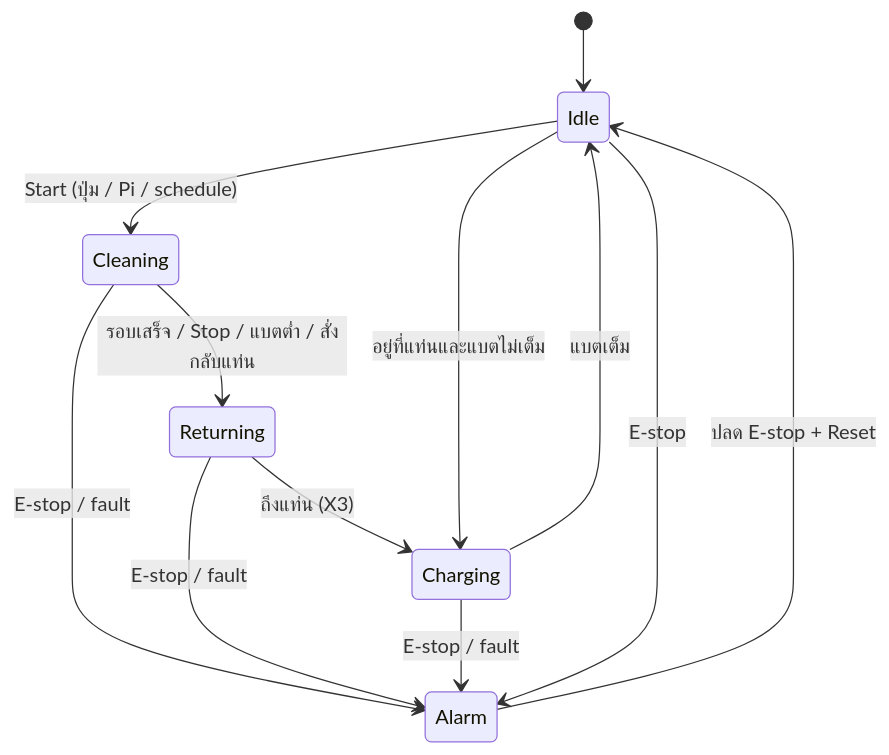
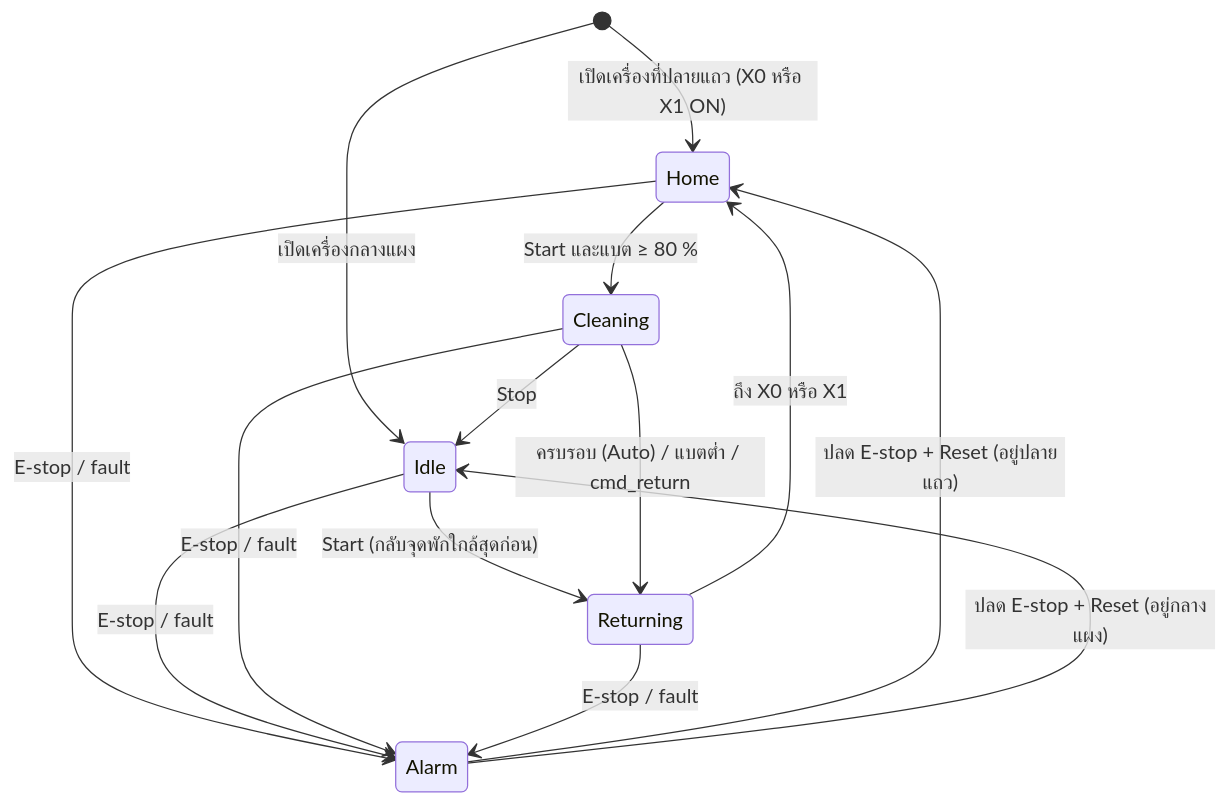
Before and after one commit to 9Take/Solar-Panel-Cleaning-Robot-via-IoT: the second of 2 diagrams in docs/robot-operation.md, drawn with Mermaid. The commit also changed other lines of this file and 1 other file, not shown here.

First line of the commit message:
Revise robot spec with agreed architecture decisions

````diff
--- a/docs/robot-operation.md
+++ b/docs/robot-operation.md
@@ -79,14 +106,16 @@
 ```mermaid
 stateDiagram-v2
-    [*] --> Idle
-    Idle --> Cleaning: Start (ปุ่ม / Pi / schedule)
-    Cleaning --> Returning: รอบเสร็จ / Stop / แบตต่ำ / สั่งกลับแท่น
-    Returning --> Charging: ถึงแท่น (X3)
-    Charging --> Idle: แบตเต็ม
-    Idle --> Charging: อยู่ที่แท่นและแบตไม่เต็ม
+    [*] --> Home: เปิดเครื่องที่ปลายแถว (X0 หรือ X1 ON)
+    [*] --> Idle: เปิดเครื่องกลางแผง
+    Home --> Cleaning: Start และแบต ≥ 80 %
+    Idle --> Returning: Start (กลับจุดพักใกล้สุดก่อน)
+    Cleaning --> Idle: Stop
+    Cleaning --> Returning: ครบรอบ (Auto) / แบตต่ำ / cmd_return
+    Returning --> Home: ถึง X0 หรือ X1
+    Home --> Alarm: E-stop / fault
+    Idle --> Alarm: E-stop / fault
     Cleaning --> Alarm: E-stop / fault
     Returning --> Alarm: E-stop / fault
-    Charging --> Alarm: E-stop / fault
-    Idle --> Alarm: E-stop
-    Alarm --> Idle: ปลด E-stop + Reset
+    Alarm --> Home: ปลด E-stop + Reset (อยู่ปลายแถว)
+    Alarm --> Idle: ปลด E-stop + Reset (อยู่กลางแผง)
 ```
````
